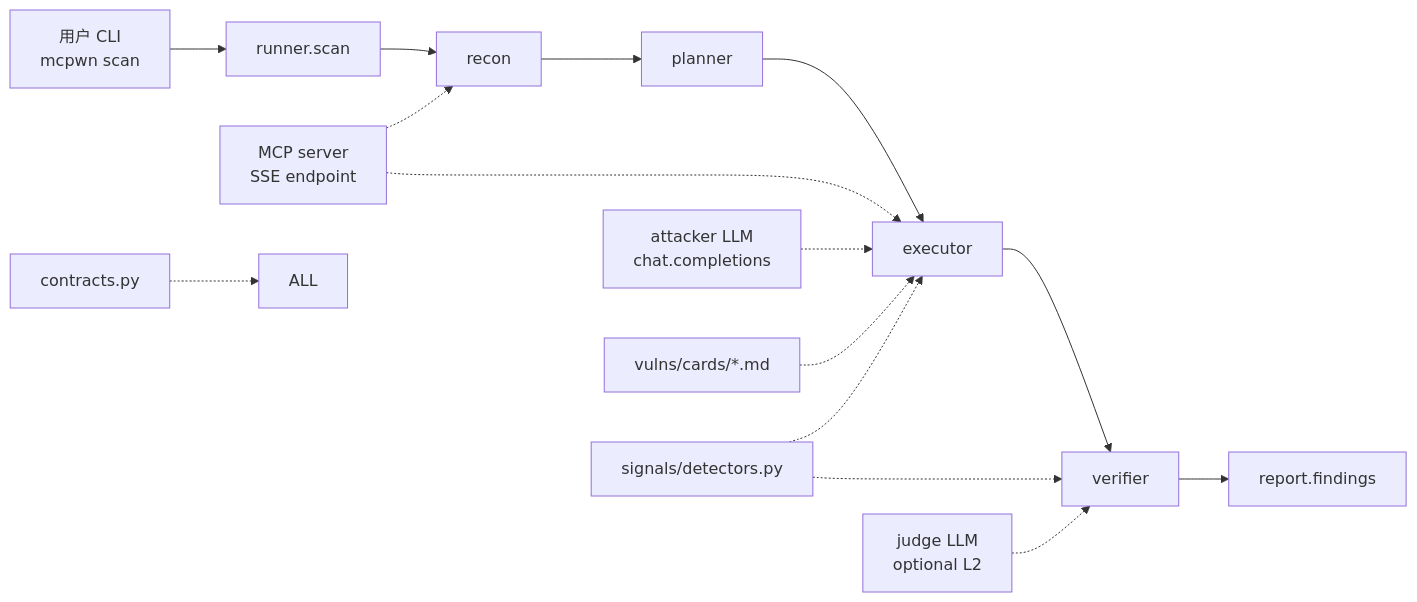
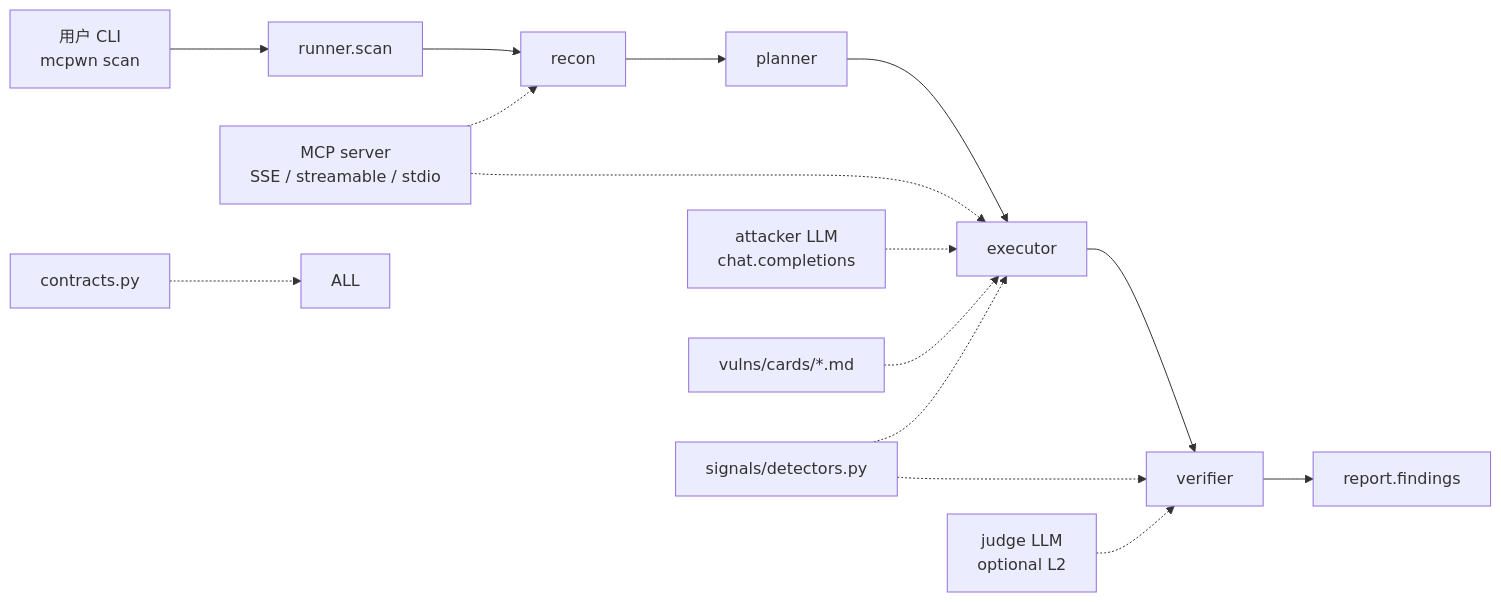
One commit to AKArrok/McPwn changed the first of 4 diagrams in docs/pipeline.md. Above: the diagram before and after it, drawn with Mermaid. The commit also changed other lines of this file and 22 other files, not shown here.

````diff
--- a/docs/pipeline.md
+++ b/docs/pipeline.md
@@ -12,18 +12,18 @@
 ```mermaid
 flowchart LR
     U[用户 CLI<br/>mcpwn scan] --> R[runner.scan]
     R --> RECON[recon]
     RECON --> PLAN[planner]
     PLAN --> EXEC[executor]
     EXEC --> VERIF[verifier]
     VERIF --> REPORT[report.findings]
 
-    MCP[MCP server<br/>SSE endpoint] -.-> RECON
+    MCP[MCP server<br/>SSE / streamable / stdio] -.-> RECON
     MCP -.-> EXEC
     LLM[attacker LLM<br/>chat.completions] -.-> EXEC
     CARD[vulns/cards/*.md] -.-> EXEC
     SIG[signals/detectors.py] -.-> EXEC
     SIG -.-> VERIF
     JUDGE[judge LLM<br/>optional L2] -.-> VERIF
     CONTRACTS[contracts.py] -.-> ALL
 ```
````
